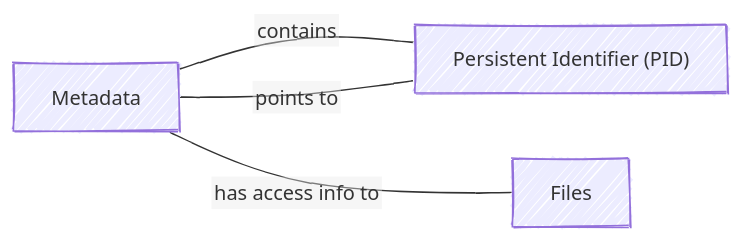
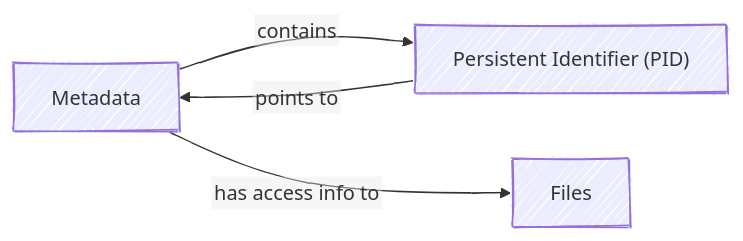
Before and after one commit to chStaiger/rdm-fundamentals: the third of 4 diagrams in book/digital-object.qmd, drawn with Mermaid. The commit also changed other lines of this file, not shown here.

Commit message:
directed edges (#21)

````diff
--- a/book/digital-object.qmd
+++ b/book/digital-object.qmd
@@ -68,19 +68,19 @@
 ```{mermaid}
 %%| label: fig-3
 %%| fig-cap: PID points to metadata or a landing page that contains information on how to access the file(s).
 %%| fig-align: center
 %%{init: {
   "look": "handDrawn",
   "flowchart": { "htmlLabels": false }
 }}%%
 
 flowchart LR
 
     F["Files"]
     M["Metadata"]
     P["Persistent Identifier (PID)"]
 
-    M --- |"contains"| P
-    P --- |"points to"| M
-    M --- |"has access info to"| F
+    M --> |"contains"| P
+    P --> |"points to"| M
+    M --> |"has access info to"| F
 ```
````
